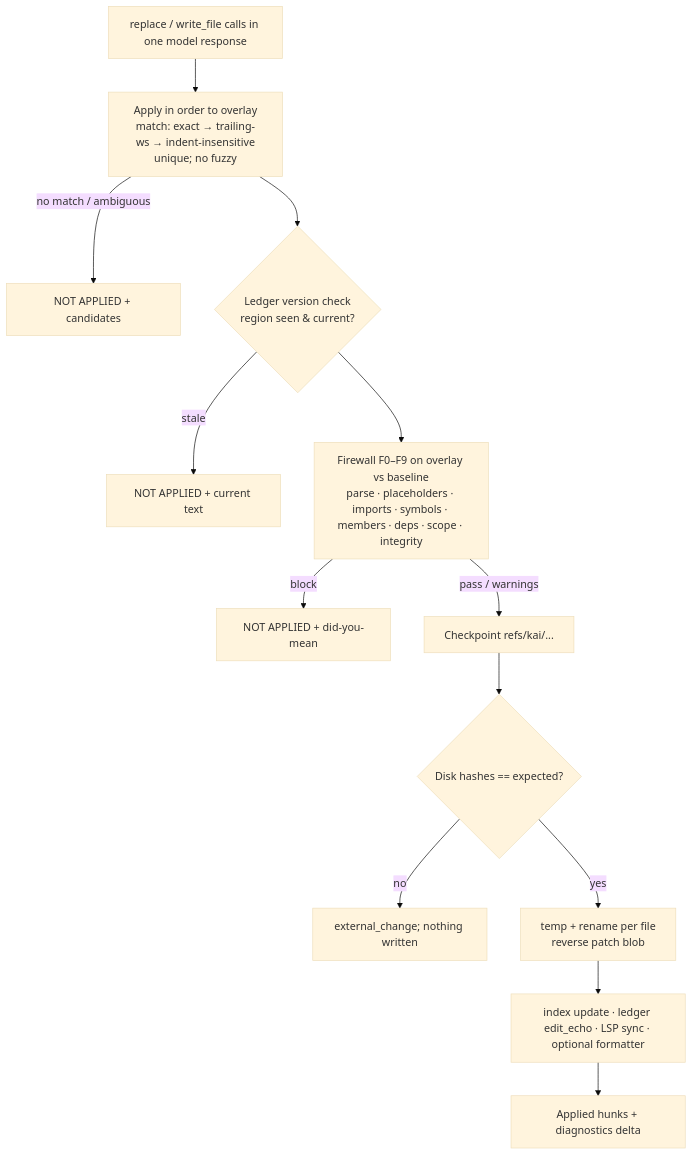
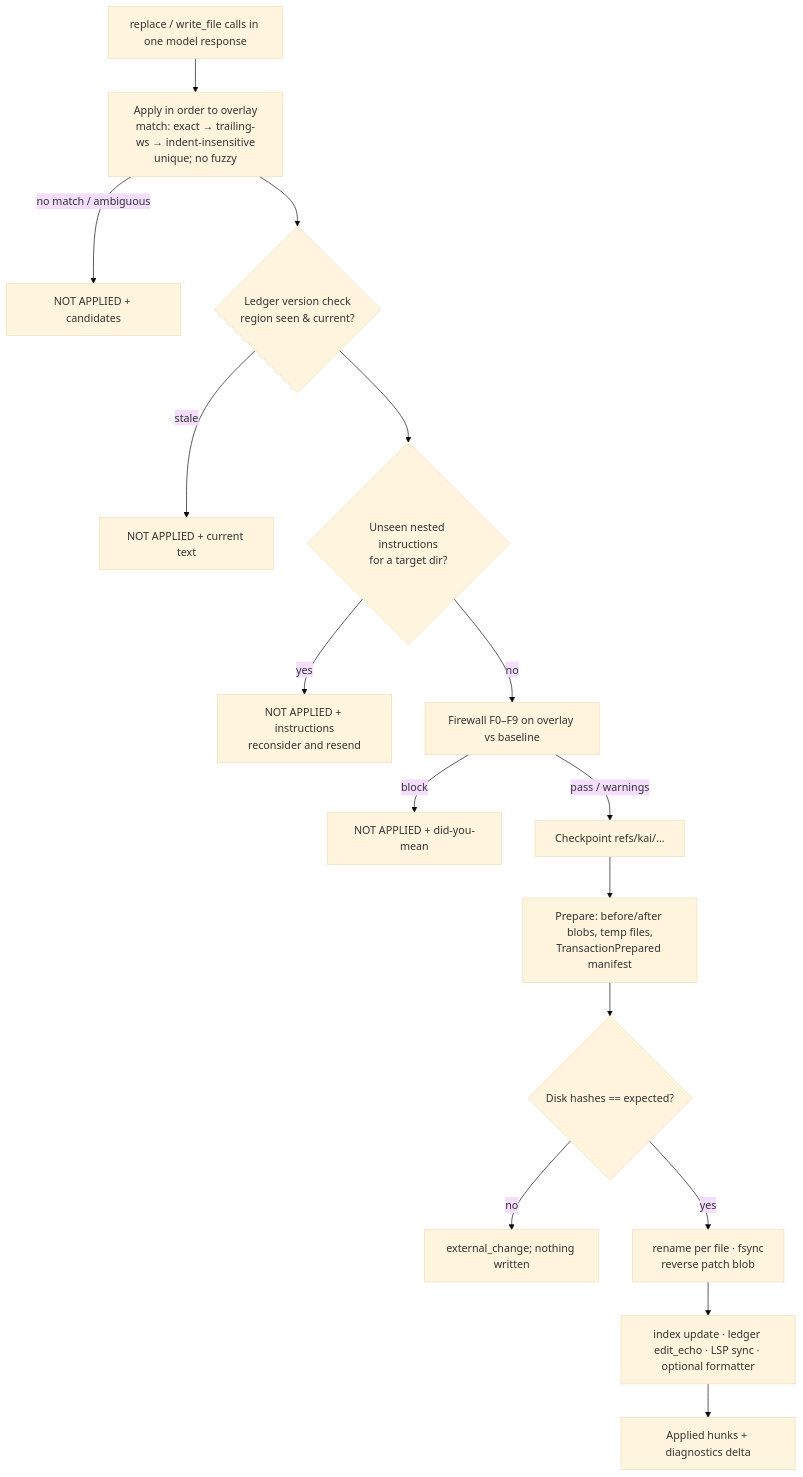
Before and after one commit to Kai-0501/kai-agent-2.0: the fifth of 6 diagrams in ARCHITECTURE.md, drawn with Mermaid (base theme). The commit also changed other lines of this file and 83 other files, not shown here.

First line of the commit message:
architecture: R1 release extension (macOS app, three routes, learning, Chrome research)

````diff
--- a/ARCHITECTURE.md
+++ b/ARCHITECTURE.md
@@ -252,15 +275,18 @@
 ```mermaid
 flowchart TB
   calls[replace / write_file calls in one model response] --> ov[Apply in order to overlay<br/>match: exact → trailing-ws → indent-insensitive<br/>unique; no fuzzy]
   ov -- no match / ambiguous --> rej1[NOT APPLIED + candidates]
   ov --> vc{Ledger version check<br/>region seen & current?}
   vc -- stale --> rej2[NOT APPLIED + current text]
-  vc --> fw[Firewall F0–F9 on overlay vs baseline<br/>parse · placeholders · imports · symbols · members · deps · scope · integrity]
+  vc --> ji{Unseen nested instructions<br/>for a target dir?}
+  ji -- yes --> rej5[NOT APPLIED + instructions<br/>reconsider and resend]
+  ji -- no --> fw[Firewall F0–F9 on overlay vs baseline]
   fw -- block --> rej3[NOT APPLIED + did-you-mean]
   fw -- pass / warnings --> ck[Checkpoint refs/kai/...]
-  ck --> hc{Disk hashes == expected?}
+  ck --> prep[Prepare: before/after blobs, temp files,<br/>TransactionPrepared manifest]
+  prep --> hc{Disk hashes == expected?}
   hc -- no --> rej4[external_change; nothing written]
-  hc -- yes --> commit[temp + rename per file<br/>reverse patch blob]
+  hc -- yes --> commit[rename per file · fsync<br/>reverse patch blob]
   commit --> post[index update · ledger edit_echo · LSP sync · optional formatter]
   post --> res[Applied hunks + diagnostics delta]
 ```
````
